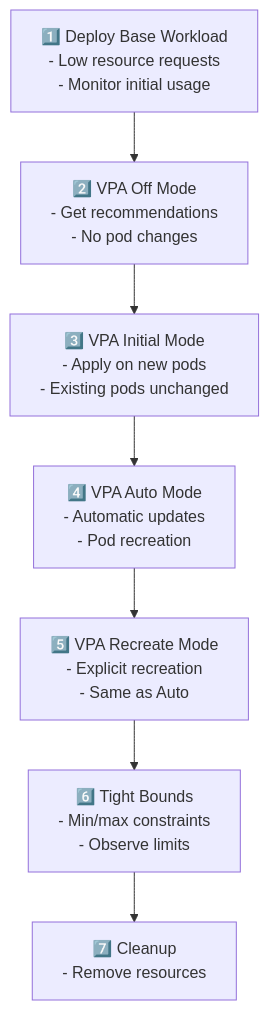
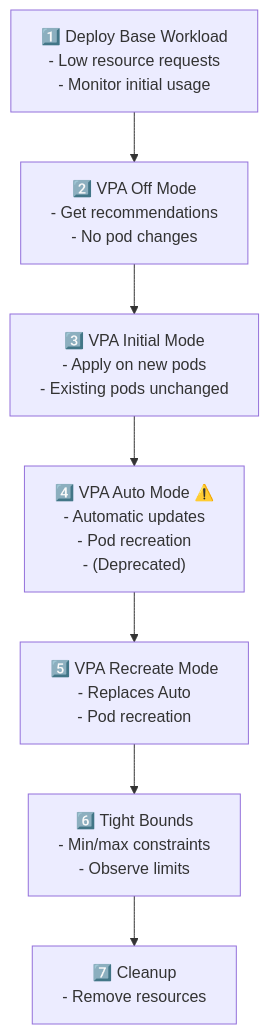
The diagram in k8s/vpa/README.md (abossard/k8s-demo-time), drawn with Mermaid before and after one commit. The commit also changed other lines of this file and 2 other files, not shown here.

First line of the commit message:
fix(vpa): update deprecated Auto mode, fix cleanup manifest

````diff
--- a/k8s/vpa/README.md
+++ b/k8s/vpa/README.md
@@ -24,9 +27,9 @@
 ```mermaid
 flowchart TD
     A["1️⃣ Deploy Base Workload<br/>- Low resource requests<br/>- Monitor initial usage"] --> B["2️⃣ VPA Off Mode<br/>- Get recommendations<br/>- No pod changes"]
     B --> C["3️⃣ VPA Initial Mode<br/>- Apply on new pods<br/>- Existing pods unchanged"]
-    C --> D["4️⃣ VPA Auto Mode<br/>- Automatic updates<br/>- Pod recreation"]
-    D --> E["5️⃣ VPA Recreate Mode<br/>- Explicit recreation<br/>- Same as Auto"]
+    C --> D["4️⃣ VPA Auto Mode ⚠️<br/>- Automatic updates<br/>- Pod recreation<br/>- (Deprecated)"]
+    D --> E["5️⃣ VPA Recreate Mode<br/>- Replaces Auto<br/>- Pod recreation"]
     E --> F["6️⃣ Tight Bounds<br/>- Min/max constraints<br/>- Observe limits"]
     F --> G["7️⃣ Cleanup<br/>- Remove resources"]
 ```
````
